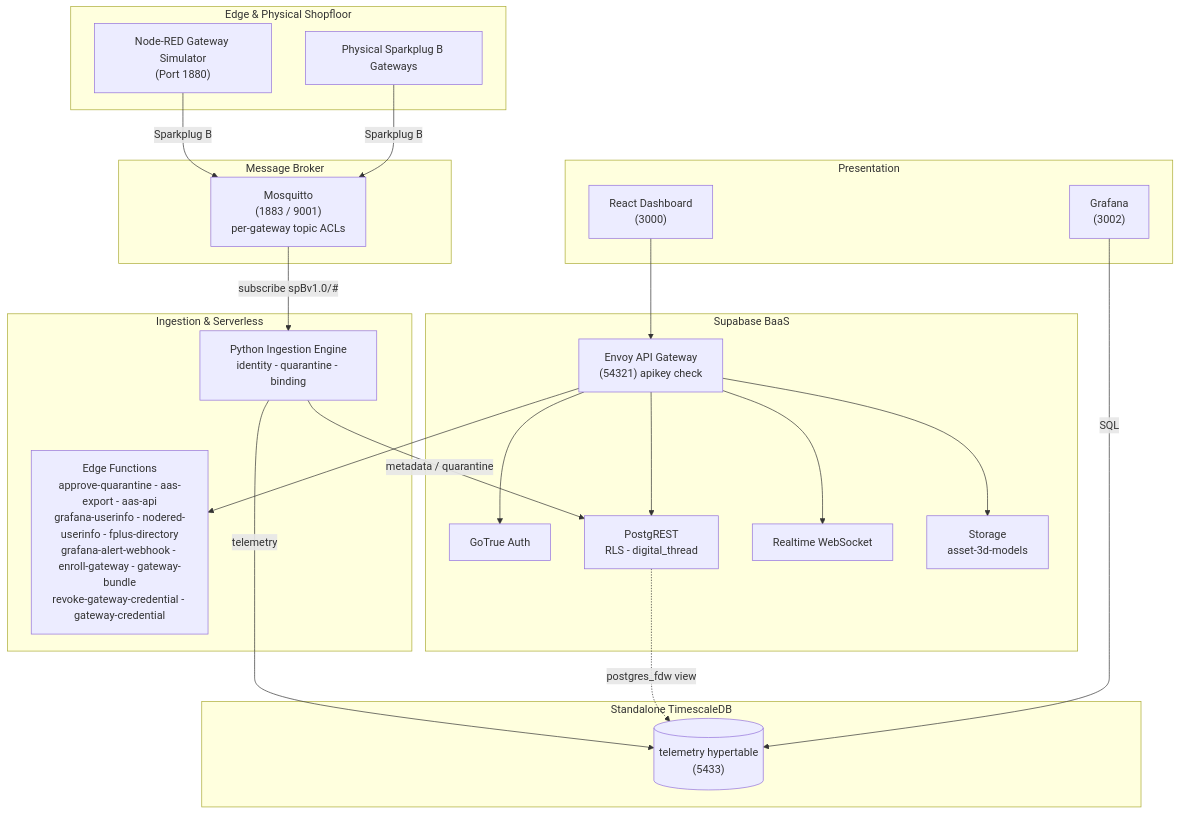
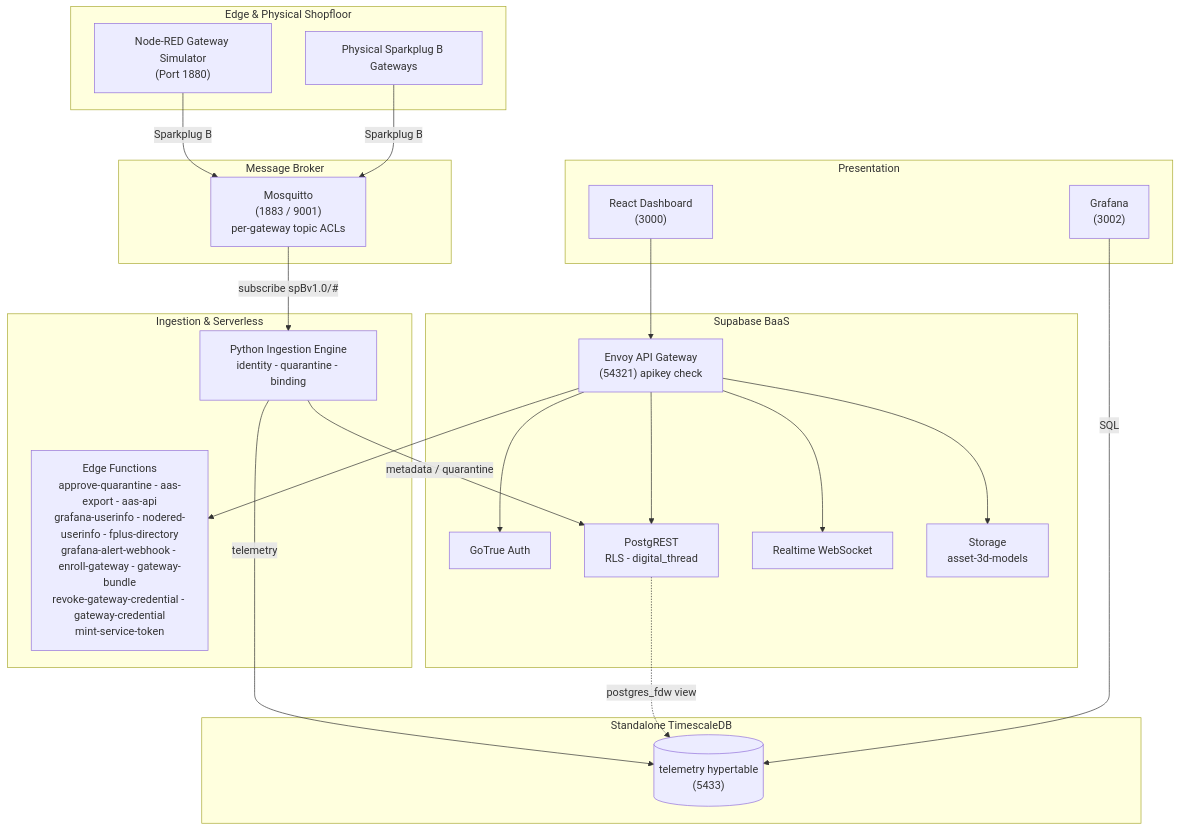
Before and after one commit to Harri-Llewelyn/Aber: the diagram in README.md, drawn with Mermaid. The commit also changed other lines of this file and 14 other files, not shown here.

````diff
--- a/README.md
+++ b/README.md
@@ -30,47 +30,47 @@
 ```mermaid
 flowchart TB
     subgraph Edge ["Edge & Physical Shopfloor"]
         NR["Node-RED Gateway Simulator<br/>(Port 1880)"]
         DEV["Physical Sparkplug B Gateways"]
     end
 
     subgraph Messaging ["Message Broker"]
         MQTT["Mosquitto<br/>(1883 / 9001)<br/>per-gateway topic ACLs"]
     end
 
     subgraph Processing ["Ingestion & Serverless"]
         ING["Python Ingestion Engine<br/>identity - quarantine - binding"]
-        EF["Edge Functions<br/>approve-quarantine - aas-export - aas-api<br/>grafana-userinfo - nodered-userinfo - fplus-directory<br/>grafana-alert-webhook - enroll-gateway - gateway-bundle<br/>revoke-gateway-credential - gateway-credential"]
+        EF["Edge Functions<br/>approve-quarantine - aas-export - aas-api<br/>grafana-userinfo - nodered-userinfo - fplus-directory<br/>grafana-alert-webhook - enroll-gateway - gateway-bundle<br/>revoke-gateway-credential - gateway-credential<br/>mint-service-token"]
     end
 
     subgraph Supabase ["Supabase BaaS"]
         GW["Envoy API Gateway<br/>(54321) apikey check"]
         AUTH["GoTrue Auth"]
         PGRST["PostgREST<br/>RLS - digital_thread"]
         RT["Realtime WebSocket"]
         STO["Storage<br/>asset-3d-models"]
     end
 
     subgraph TSDB ["Standalone TimescaleDB"]
         TS[("telemetry hypertable<br/>(5433)")]
     end
 
     subgraph UX ["Presentation"]
         UI["React Dashboard<br/>(3000)"]
         GRAF["Grafana<br/>(3002)"]
     end
 
     NR -->|Sparkplug B| MQTT
     DEV -->|Sparkplug B| MQTT
     MQTT -->|subscribe spBv1.0/#| ING
     ING -->|metadata / quarantine| PGRST
     ING -->|telemetry| TS
     UI --> GW
     GW --> AUTH
     GW --> PGRST
     GW --> RT
     GW --> STO
     GW --> EF
     PGRST -.->|postgres_fdw view| TS
     GRAF -->|SQL| TS
 ```
````
